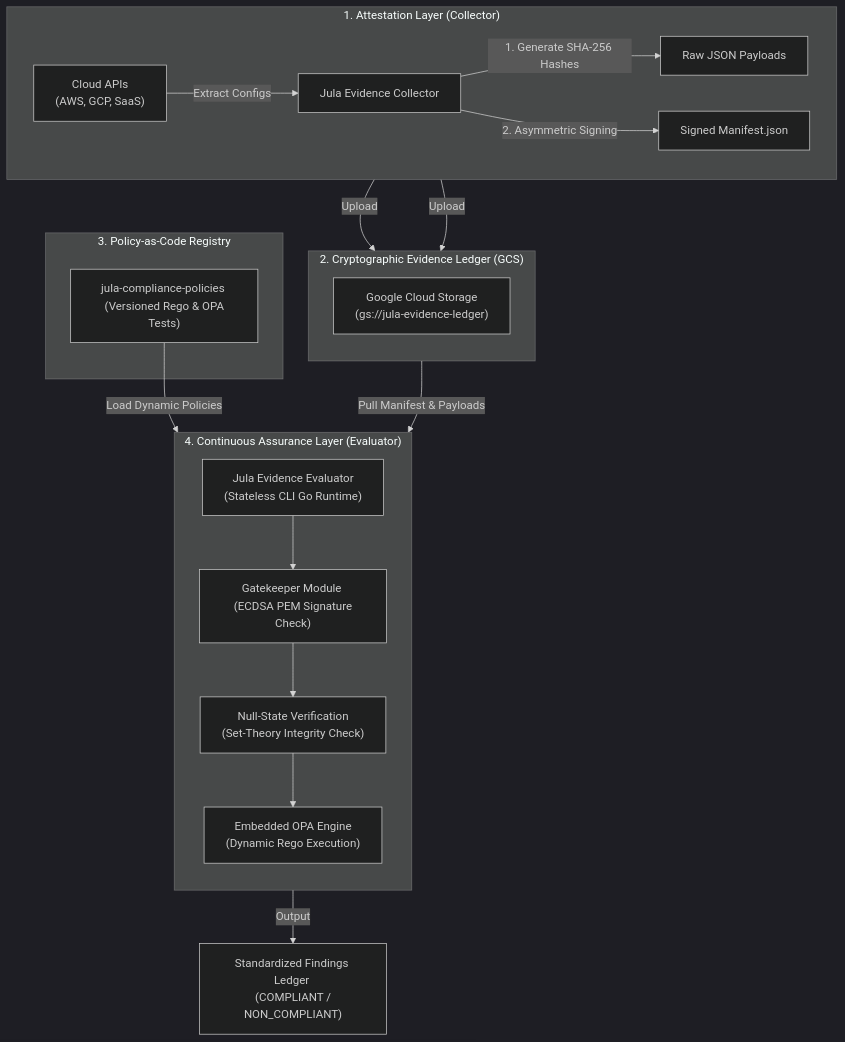
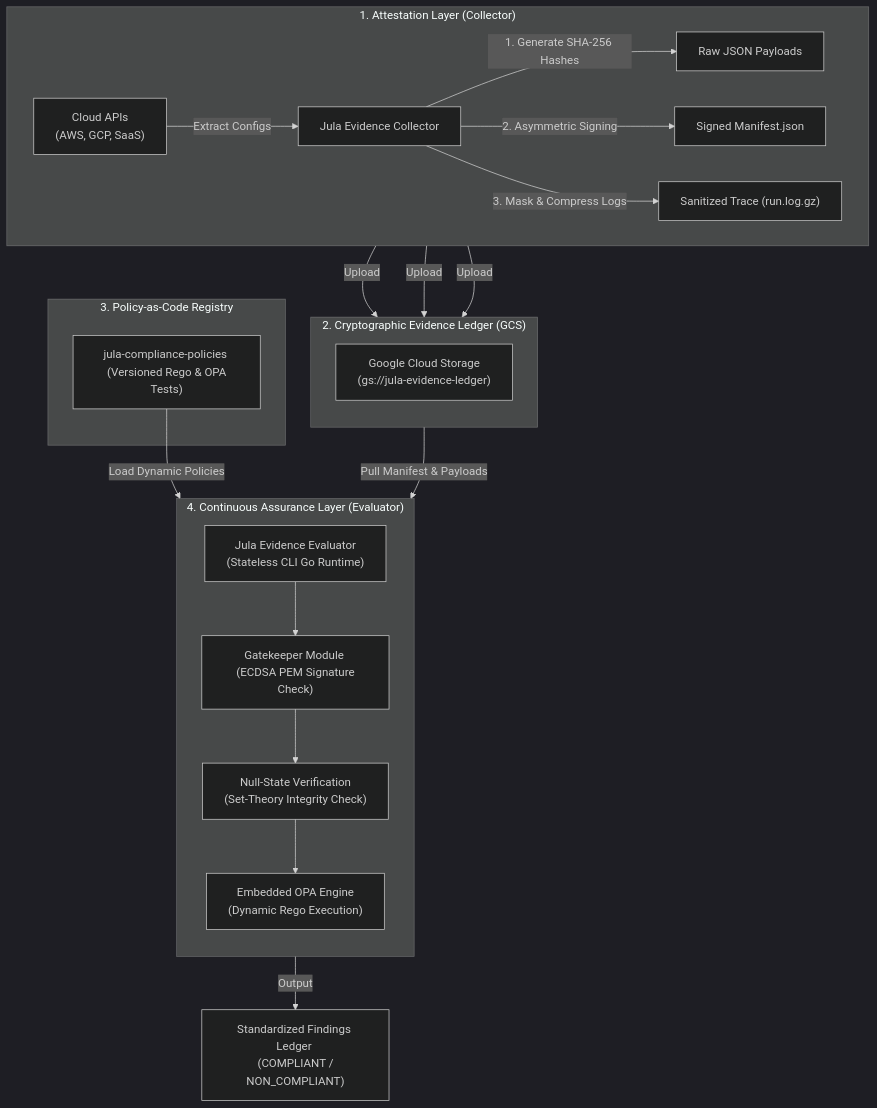
The diagram in README.md (alibkaba/jula), drawn with Mermaid (dark theme) before and after one commit. The commit also changed other lines of this file and 1 other file, not shown here.

Commit message:
feat: include execution trace logs in attestation manifest and skip during evaluation

````diff
--- a/README.md
+++ b/README.md
@@ -47,36 +47,38 @@
 ```mermaid
 flowchart TB
     subgraph Upstream ["1. Attestation Layer (Collector)"]
         direction LR
         APIs["Cloud APIs <br> (AWS, GCP, SaaS)"] -->|Extract Configs| EC["Jula Evidence Collector"]
         EC -->|1. Generate SHA-256 Hashes| H["Raw JSON Payloads"]
         EC -->|2. Asymmetric Signing| M["Signed Manifest.json"]
+        EC -->|3. Mask & Compress Logs| L["Sanitized Trace (run.log.gz)"]
     end
 
     subgraph Ledger ["2. Cryptographic Evidence Ledger (GCS)"]
         direction TB
         GCS["Google Cloud Storage <br> (gs://jula-evidence-ledger)"]
         H -->|Upload| GCS
         M -->|Upload| GCS
+        L -->|Upload| GCS
     end
 
     subgraph Policies ["3. Policy-as-Code Registry"]
         PR["jula-compliance-policies <br> (Versioned Rego & OPA Tests)"]
     end
 
     subgraph Downstream ["4. Continuous Assurance Layer (Evaluator)"]
         direction TB
         EE["Jula Evidence Evaluator <br> (Stateless CLI Go Runtime)"]
         GK["Gatekeeper Module <br> (ECDSA PEM Signature Check)"]
         NS["Null-State Verification <br> (Set-Theory Integrity Check)"]
         OPA["Embedded OPA Engine <br> (Dynamic Rego Execution)"]
         
         EE --> GK
         GK --> NS
         NS --> OPA
     end
 
     GCS -->|Pull Manifest & Payloads| EE
     PR -->|Load Dynamic Policies| EE
     OPA -->|Output| Findings["Standardized Findings Ledger <br> (COMPLIANT / NON_COMPLIANT)"]
 ```
````
